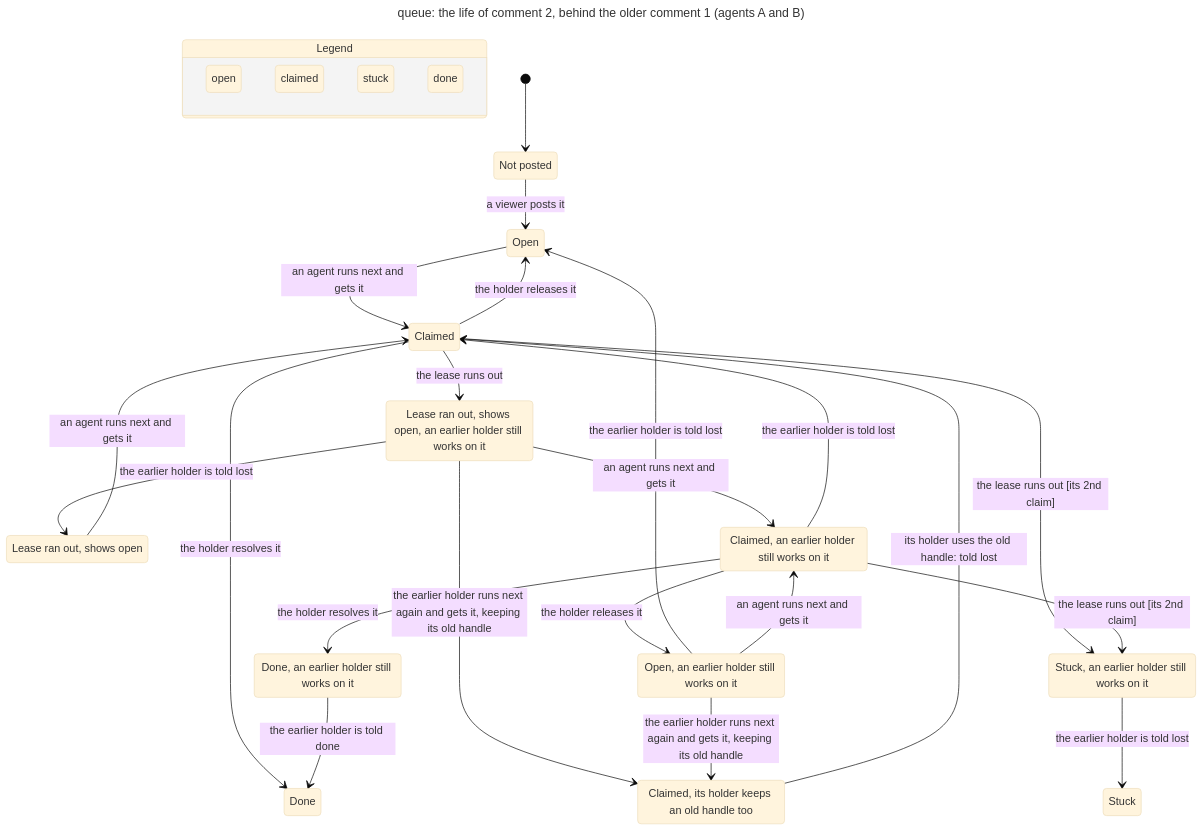
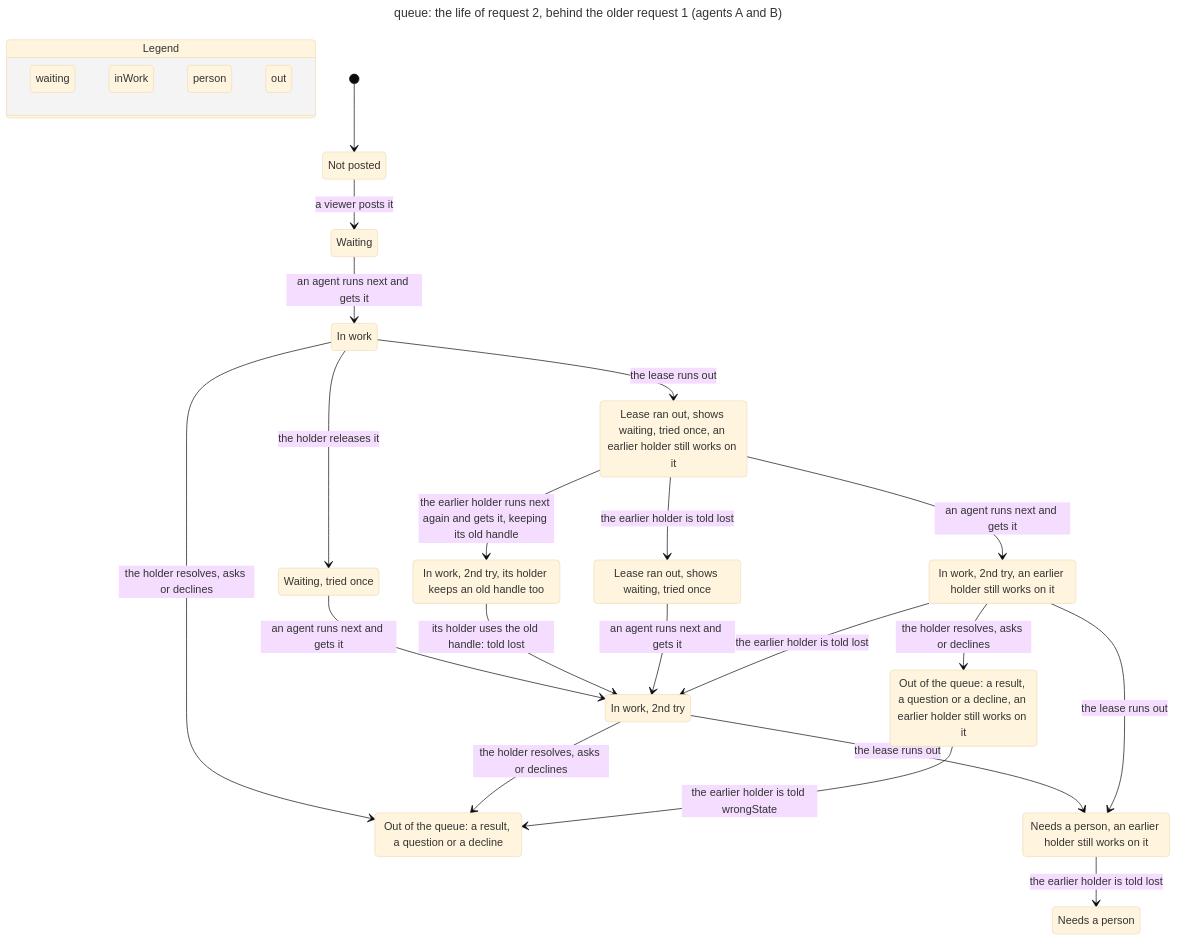
One commit to lagz0ne/easel changed the diagram in docs/statecharts/queue-lease.md. Above: the diagram before and after it, drawn with Mermaid (base theme). The commit also changed other lines of this file and 14 other files, not shown here.

First line of the commit message:
docs(spec): queue holds requests with outcomes, questions and a person, checked by queue-lease and the new request-life chart

````diff
--- a/docs/statecharts/queue-lease.md
+++ b/docs/statecharts/queue-lease.md
@@ -14,61 +18,61 @@
 ```mermaid
 ---
-title: "queue: the life of comment 2, behind the older comment 1 (agents A and B)"
+title: "queue: the life of request 2, behind the older request 1 (agents A and B)"
 ---
 stateDiagram-v2
   state "Legend" as legend {
-    lg0: open
-    lg1: claimed
-    lg2: stuck
-    lg3: done
+    lg0: waiting
+    lg1: inWork
+    lg2: person
+    lg3: out
   }
   class lg0 blue
   class lg1 yellow
   class lg2 orange
   class lg3 teal
   s0: Not posted
-  s1: Open
-  s2: Claimed
-  s3: Done
-  s4: Lease ran out, shows open, an earlier holder still works on it
-  s5: Claimed, its holder keeps an old handle too
-  s6: Lease ran out, shows open
-  s7: Claimed, an earlier holder still works on it
-  s8: Stuck, an earlier holder still works on it
-  s9: Open, an earlier holder still works on it
-  s10: Done, an earlier holder still works on it
-  s11: Stuck
+  s1: Waiting
+  s2: In work
+  s3: Out of the queue: a result, a question or a decline
+  s4: Waiting, tried once
+  s5: Lease ran out, shows waiting, tried once, an earlier holder still works on it
+  s6: In work, 2nd try
+  s7: In work, 2nd try, its holder keeps an old handle too
+  s8: Lease ran out, shows waiting, tried once
+  s9: In work, 2nd try, an earlier holder still works on it
+  s10: Needs a person, an earlier holder still works on it
+  s11: Needs a person
+  s12: Out of the queue: a result, a question or a decline, an earlier holder still works on it
   [*] --> s0
   s0 --> s1: a viewer posts it
   s1 --> s2: an agent runs next and gets it
-  s2 --> s1: the holder releases it
-  s2 --> s3: the holder resolves it
-  s2 --> s4: the lease runs out
-  s4 --> s6: the earlier holder is told lost
-  s4 --> s5: the earlier holder runs next again and gets it, keeping its old handle
-  s5 --> s2: its holder uses the old handle: told lost
-  s6 --> s2: an agent runs next and gets it
-  s4 --> s7: an agent runs next and gets it
-  s2 --> s8: the lease runs out [its 2nd claim]
-  s7 --> s2: the earlier holder is told lost
-  s7 --> s9: the holder releases it
-  s7 --> s10: the holder resolves it
-  s7 --> s8: the lease runs out [its 2nd claim]
-  s8 --> s11: the earlier holder is told lost
-  s9 --> s1: the earlier holder is told lost
-  s10 --> s3: the earlier holder is told done
-  s9 --> s7: an agent runs next and gets it
-  s9 --> s5: the earlier holder runs next again and gets it, keeping its old handle
+  s2 --> s3: the holder resolves, asks or declines
+  s2 --> s4: the holder releases it
+  s2 --> s5: the lease runs out
+  s4 --> s6: an agent runs next and gets it
+  s5 --> s8: the earlier holder is told lost
+  s5 --> s7: the earlier holder runs next again and gets it, keeping its old handle
+  s6 --> s3: the holder resolves, asks or declines
+  s6 --> s10: the lease runs out
+  s7 --> s6: its holder uses the old handle: told lost
+  s8 --> s6: an agent runs next and gets it
+  s5 --> s9: an agent runs next and gets it
+  s9 --> s6: the earlier holder is told lost
+  s9 --> s12: the holder resolves, asks or declines
+  s9 --> s10: the lease runs out
+  s10 --> s11: the earlier holder is told lost
+  s12 --> s3: the earlier holder is told wrongState
   class s0 blue
   class s1 blue
   class s2 yellow
   class s3 teal
   class s4 blue
-  class s5 yellow
-  class s6 blue
+  class s5 blue
+  class s6 yellow
   class s7 yellow
-  class s8 orange
-  class s9 blue
-  class s10 teal
+  class s8 blue
+  class s9 yellow
+  class s10 orange
   class s11 orange
+  class s12 teal
 ```
````
